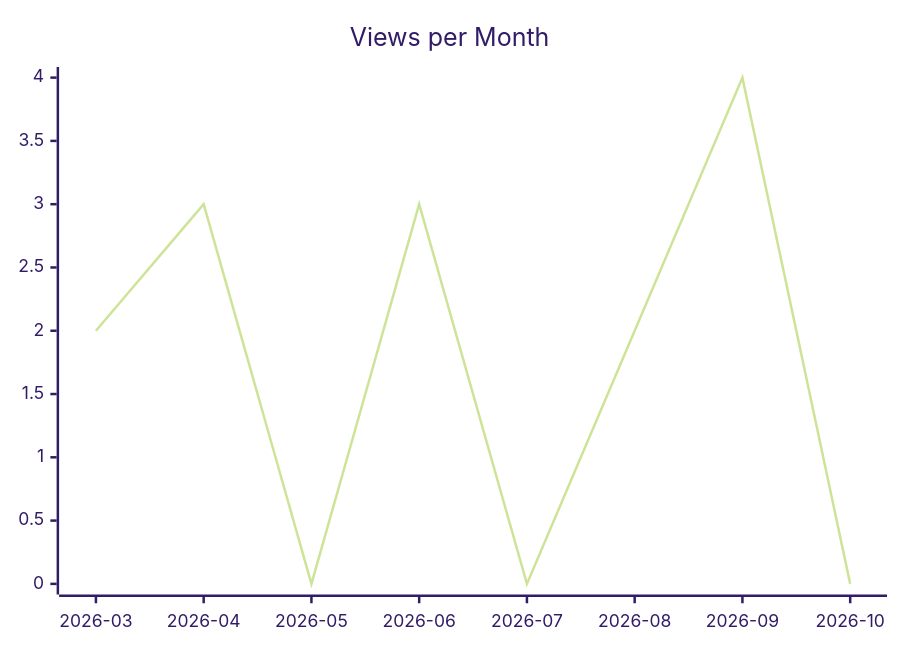
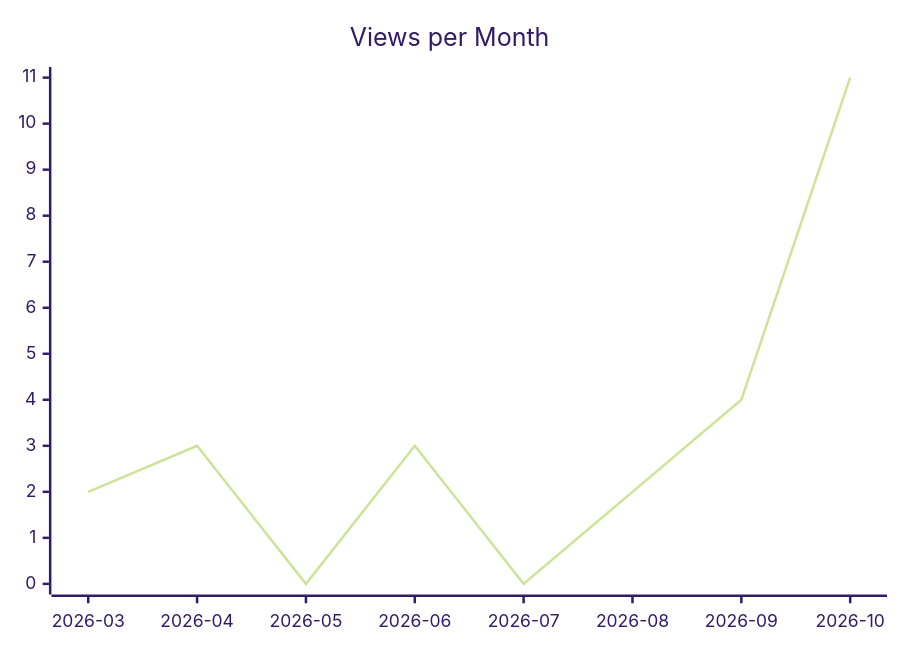
Before and after one commit to justdavis-family/github-analytics-data: the second of 3 diagrams in karlmdavis/ansible-role-bind-dns/README.md, drawn with Mermaid (forest theme). The commit also changed other lines of this file and 200 other files, not shown here.

````diff
--- a/karlmdavis/ansible-role-bind-dns/README.md
+++ b/karlmdavis/ansible-role-bind-dns/README.md
@@ -12,6 +12,6 @@
 ```mermaid
 xychart-beta
   title "Views per Month"
   x-axis ["2026-03", "2026-04", "2026-05", "2026-06", "2026-07", "2026-08", "2026-09", "2026-10"]
-  line [2, 3, 0, 3, 0, 2, 4, 0]
+  line [2, 3, 0, 3, 0, 2, 4, 11]
 ```
````
